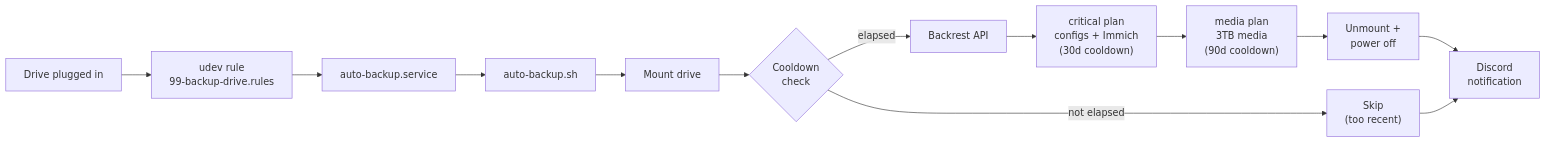
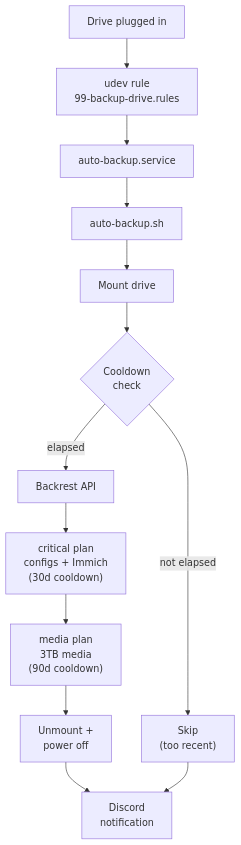
Before and after one commit to Geckuss/bigmt-mediaserver: the third of 3 diagrams in README.md, drawn with Mermaid. The commit also changed other lines of this file, not shown here.

Commit message:
Change mermaid diagram orientation

````diff
--- a/README.md
+++ b/README.md
@@ -93,21 +93,21 @@
 ```mermaid
-graph LR
+graph TB
     Plug["Drive plugged in"]
     udev["udev rule<br/>99-backup-drive.rules"]
     systemd["auto-backup.service"]
     Script["auto-backup.sh"]
     Mount["Mount drive"]
     Cooldown{"Cooldown<br/>check"}
     API["Backrest API"]
     Critical["critical plan<br/>configs + Immich<br/>(30d cooldown)"]
     Media["media plan<br/>3TB media<br/>(90d cooldown)"]
     Unmount["Unmount +<br/>power off"]
     Discord["Discord<br/>notification"]
     Skip["Skip<br/>(too recent)"]
 
     Plug --> udev --> systemd --> Script --> Mount --> Cooldown
     Cooldown -->|elapsed| API
     Cooldown -->|not elapsed| Skip
     API --> Critical --> Media --> Unmount --> Discord
     Skip --> Discord
 ```
````
